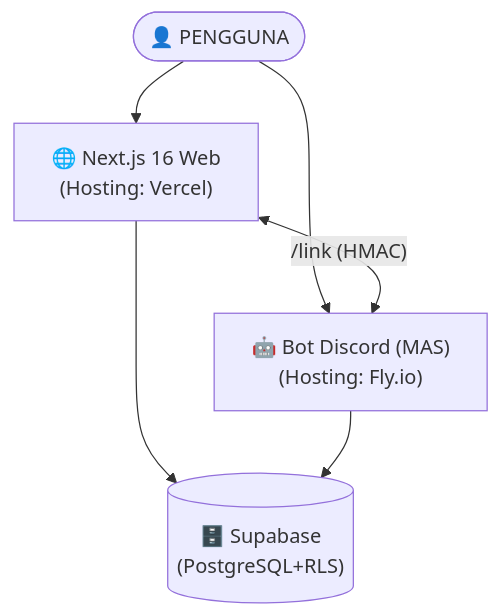
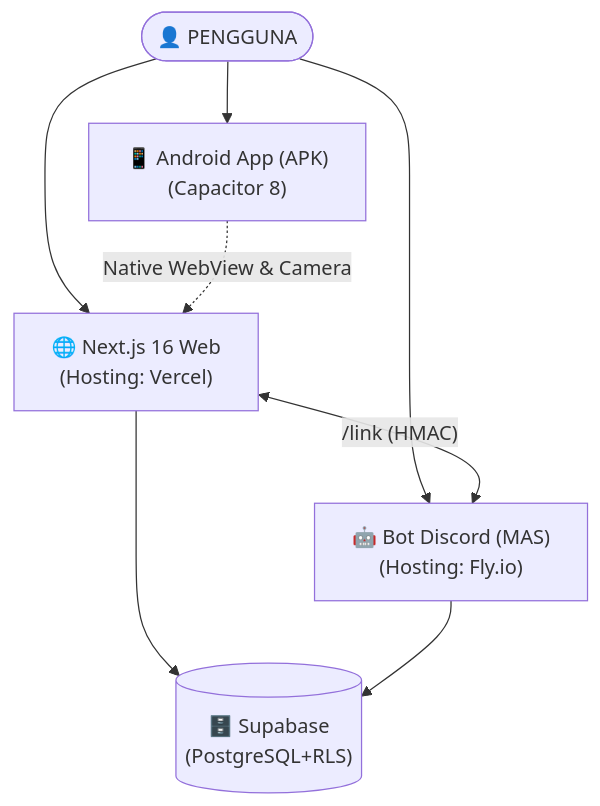
One commit to AruviUwU/Dompetku changed the diagram in README.md. Above: the diagram before and after it, drawn with Mermaid. The commit also changed other lines of this file, not shown here.

Commit message:
docs: update README with Android APK Capacitor and CI/CD workflow

````diff
--- a/README.md
+++ b/README.md
@@ -22,10 +23,12 @@
 ```mermaid
 graph TD
-    User([👤 PENGGUNA]) --> Web["🌐 Next.js 16 Web\n(Hosting: Vercel)"]
+    User([👤 PENGGUNA]) --> Android["📱 Android App (APK)\n(Capacitor 8)"]
+    User --> Web["🌐 Next.js 16 Web\n(Hosting: Vercel)"]
     User --> Bot["🤖 Bot Discord (MAS)\n(Hosting: Fly.io)"]
 
+    Android -.->|"Native WebView & Camera"| Web
     Web <-->|"/link (HMAC)"| Bot
 
     Web --> DB[("🗄️ Supabase\n(PostgreSQL+RLS)")]
     Bot --> DB
 ```
````
